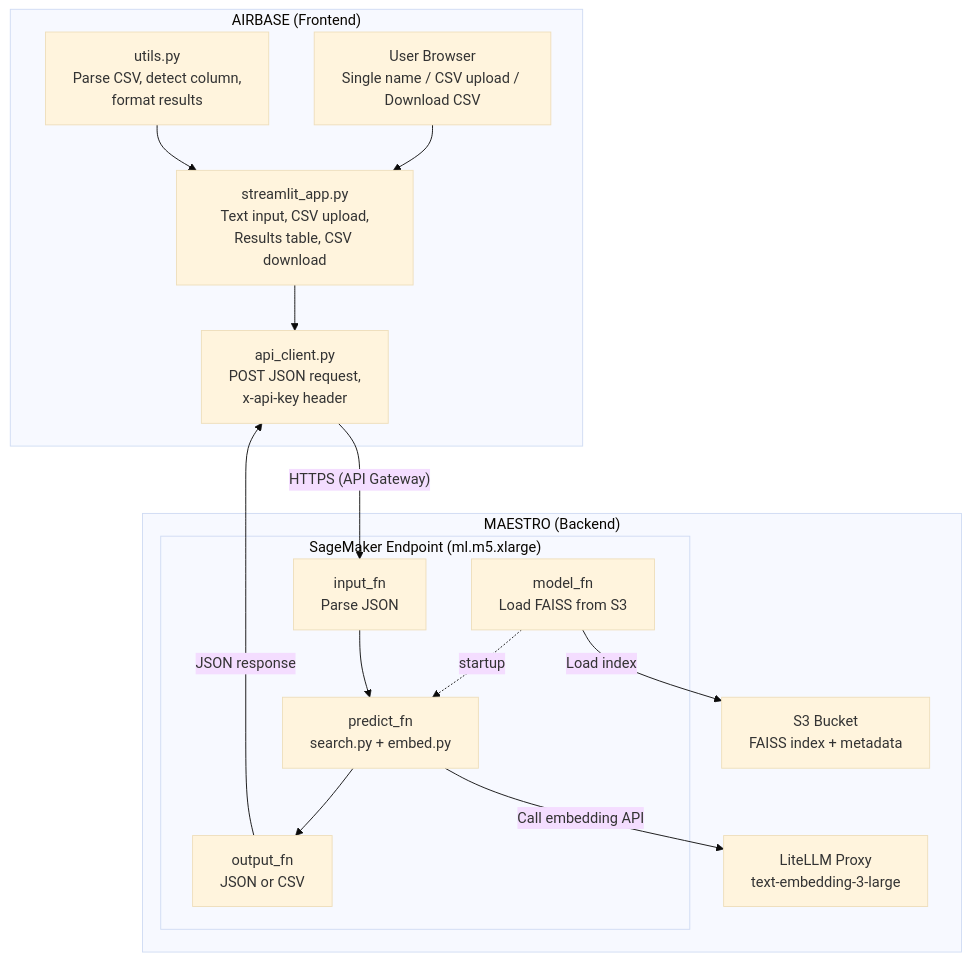
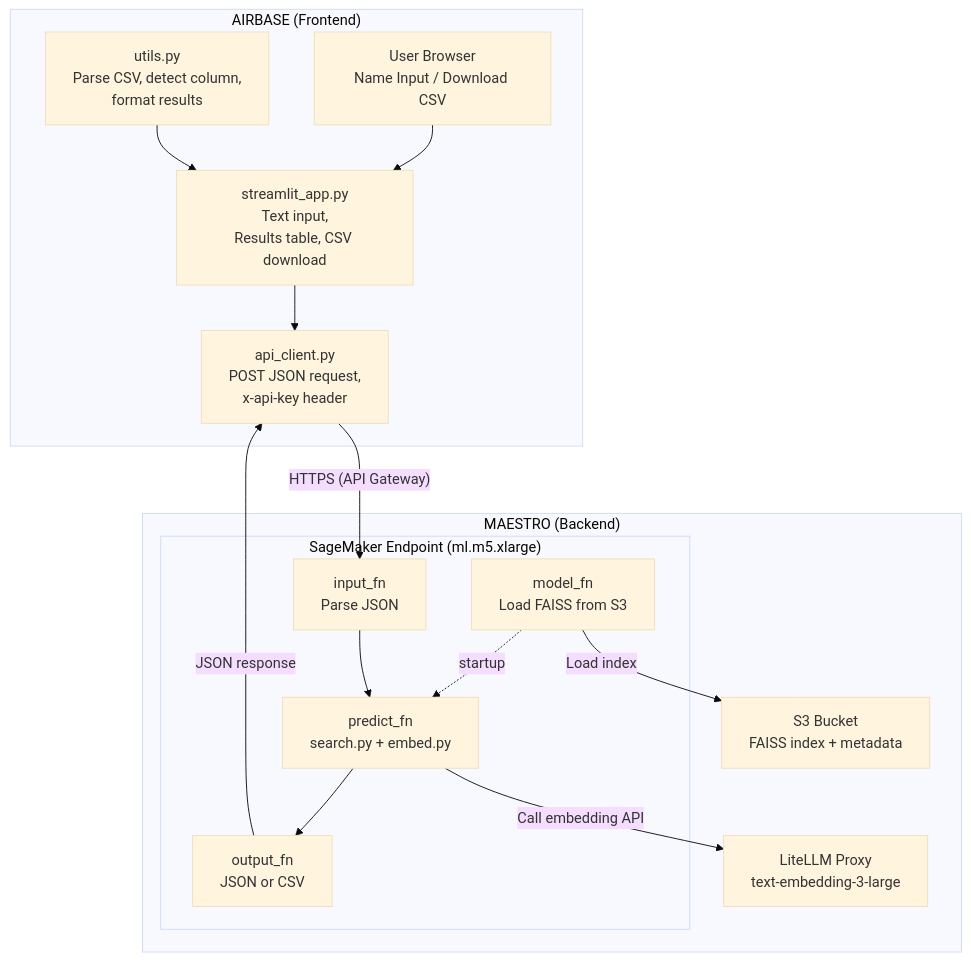
Before and after one commit to supperr-coder/gst-registrants: the first of 2 diagrams in README.md, drawn with Mermaid (base theme).

Commit message:
Update user and app descriptions in README

````diff
--- a/README.md
+++ b/README.md
@@ -7,35 +7,35 @@
 ```mermaid
 graph TB
     subgraph Airbase ["AIRBASE (Frontend)"]
-        User["User Browser<br/>Single name / CSV upload / Download CSV"]
-        App["streamlit_app.py<br/>Text input, CSV upload,<br/>Results table, CSV download"]
+        User["User Browser<br/>Name Input / Download CSV"]
+        App["streamlit_app.py<br/>Text input,<br/>Results table, CSV download"]
         API["api_client.py<br/>POST JSON request,<br/>x-api-key header"]
         Utils["utils.py<br/>Parse CSV, detect column,<br/>format results"]
 
         User --> App
         App --> API
         Utils --> App
     end
 
     API -- "HTTPS (API Gateway)" --> Inference
 
     subgraph MAESTRO ["MAESTRO (Backend)"]
         subgraph Endpoint ["SageMaker Endpoint (ml.m5.xlarge)"]
             ModelFn["model_fn<br/>Load FAISS from S3"]
             Inference["input_fn<br/>Parse JSON"]
             Predict["predict_fn<br/>search.py + embed.py"]
             Output["output_fn<br/>JSON or CSV"]
 
             ModelFn -. "startup" .-> Predict
             Inference --> Predict --> Output
         end
 
         S3["S3 Bucket<br/>FAISS index + metadata"]
         LiteLLM["LiteLLM Proxy<br/>text-embedding-3-large"]
 
         ModelFn -- "Load index" --> S3
         Predict -- "Call embedding API" --> LiteLLM
     end
 
     Output -- "JSON response" --> API
 ```
````
